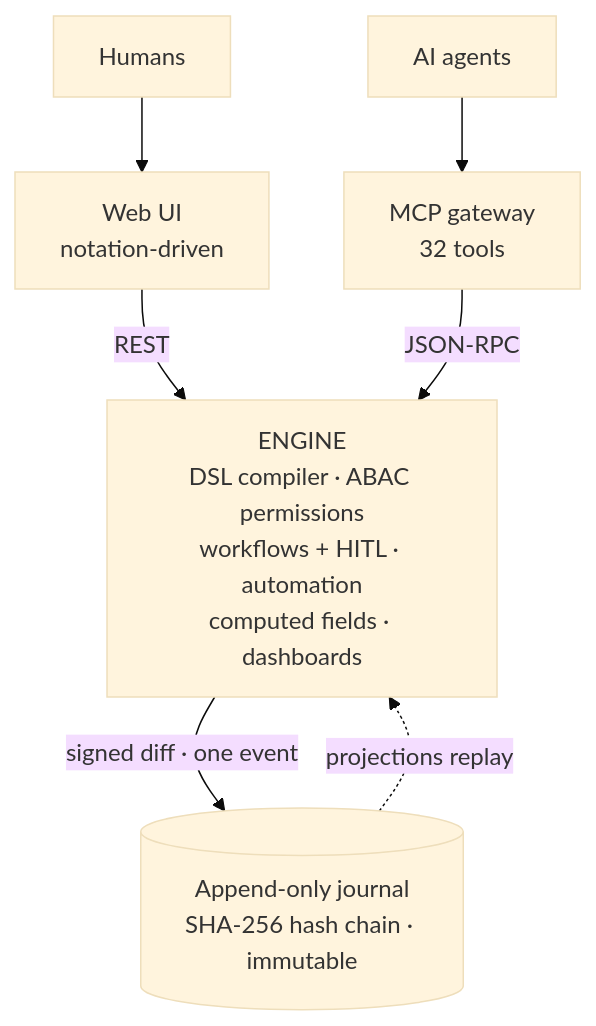
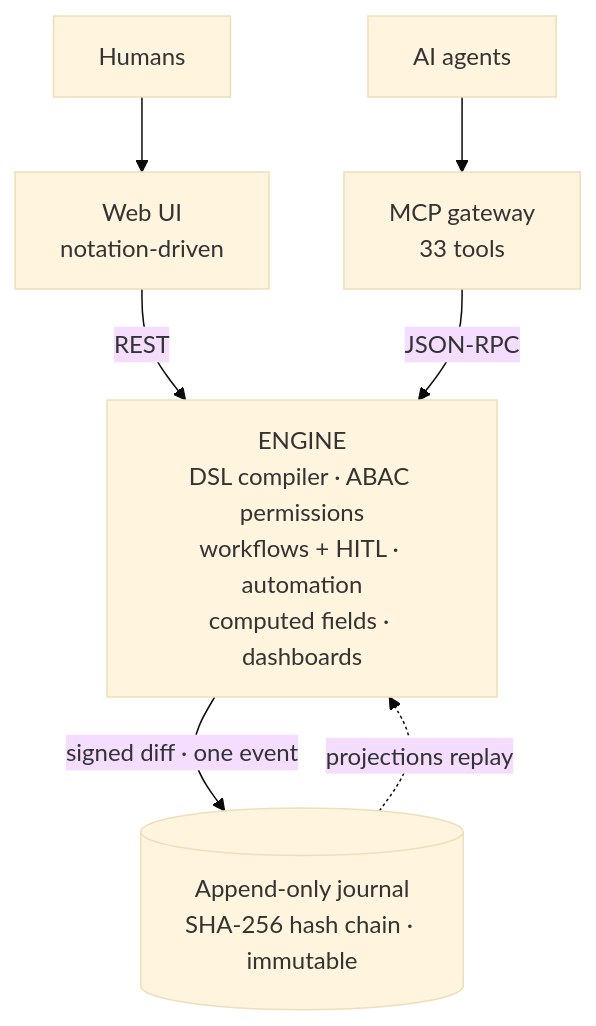
The second of 5 diagrams in README.md (avangerus/kalita), drawn with Mermaid (base theme) before and after one commit. The commit also changed 7 other files, not shown here.

````diff
--- a/README.md
+++ b/README.md
@@ -58,10 +58,10 @@
 ```mermaid
 flowchart TD
     H["Humans"] --> UI["Web UI<br/>notation-driven"]
-    A["AI agents"] --> MCP["MCP gateway<br/>32 tools"]
+    A["AI agents"] --> MCP["MCP gateway<br/>33 tools"]
     UI -->|REST| ENG
     MCP -->|JSON-RPC| ENG
     ENG["ENGINE<br/>DSL compiler · ABAC permissions<br/>workflows + HITL · automation<br/>computed fields · dashboards"]
     ENG -->|"signed diff · one event"| J[("Append-only journal<br/>SHA-256 hash chain · immutable")]
     J -.->|"projections replay"| ENG
 ```
````
